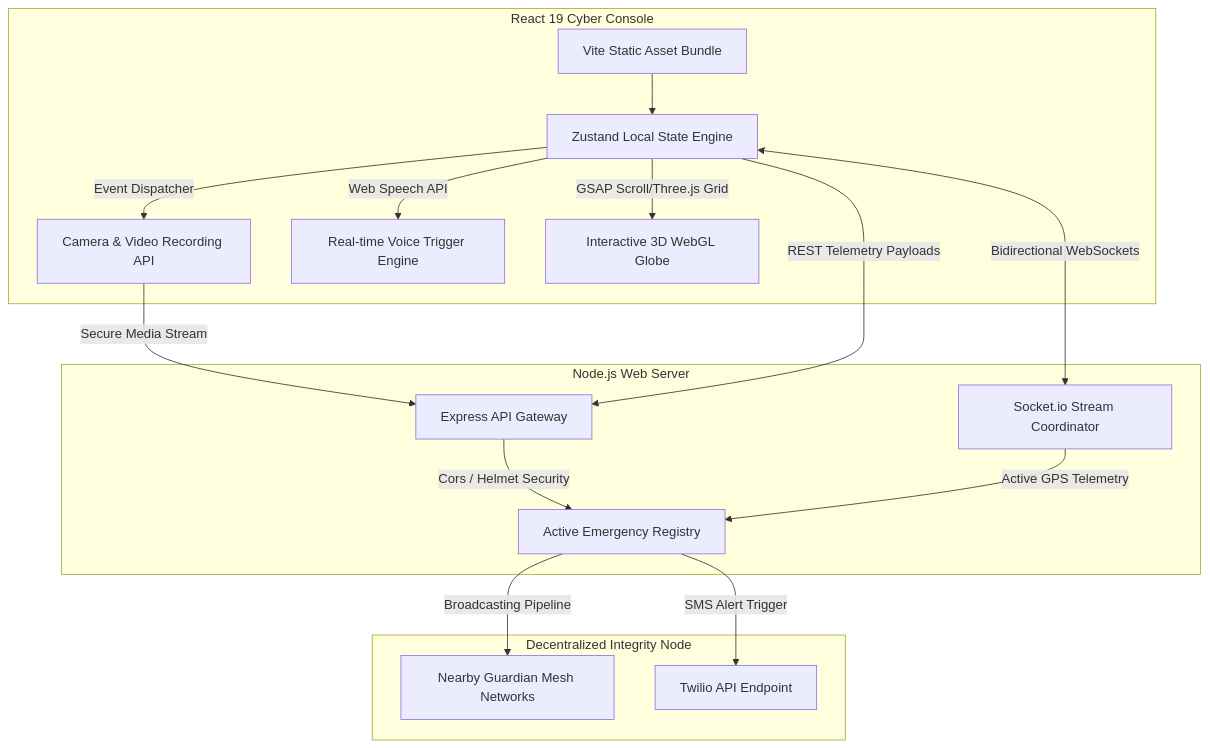
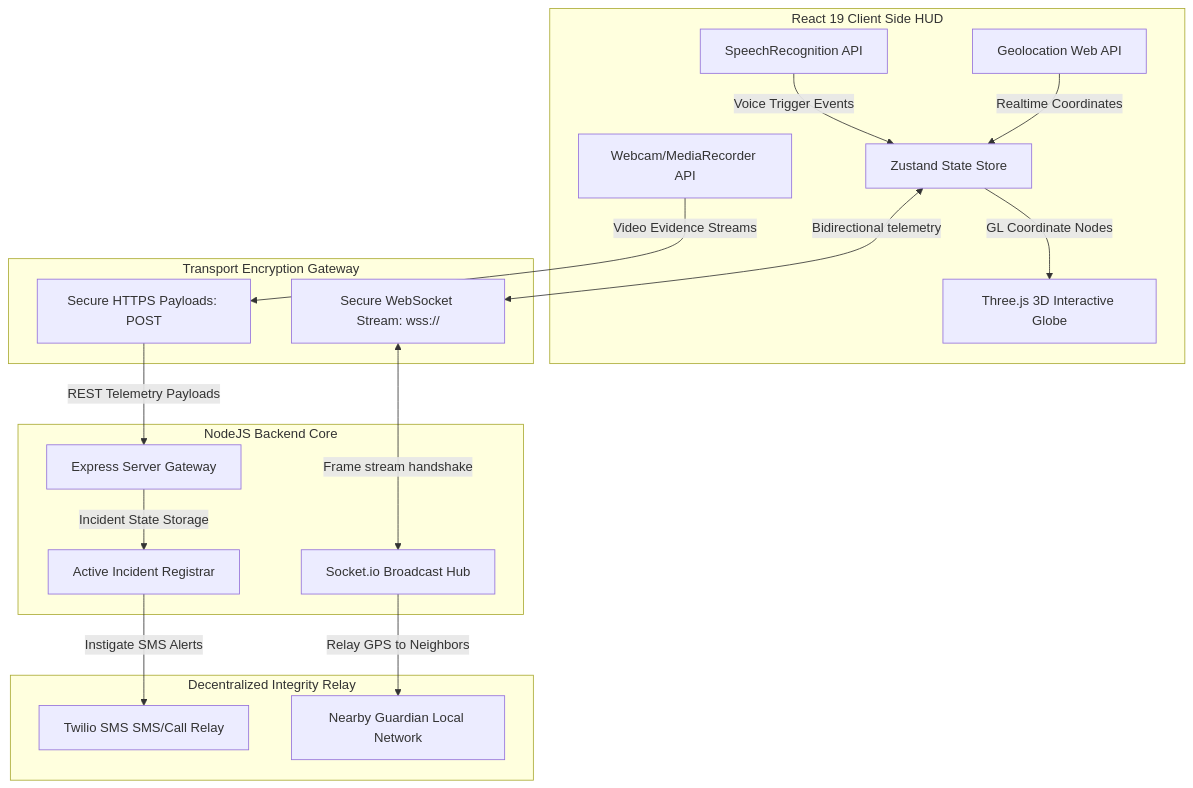
Before and after one commit to devillikevd/raksha: the diagram in README.md, drawn with Mermaid. The commit also changed other lines of this file, not shown here.

Commit message:
docs: expand README to a highly advanced cyber-emergency console HUD

````diff
--- a/README.md
+++ b/README.md
@@ -31,23 +39,42 @@
 ```mermaid
-graph TD
-  subgraph Frontend SPA Client [React 19 Cyber Console]
-    A[Vite Static Asset Bundle] --> B[Zustand Local State Engine]
-    B -->|Event Dispatcher| C[Camera & Video Recording API]
-    B -->|Web Speech API| D[Real-time Voice Trigger Engine]
-    B -->|GSAP Scroll/Three.js Grid| E[Interactive 3D WebGL Globe]
-  end
+flowchart TB
+    %% Client Tier
+    subgraph Client [React 19 Client Side HUD]
+        V_API[SpeechRecognition API]
+        C_API[Webcam/MediaRecorder API]
+        G_API[Geolocation Web API]
+        Z_Store[Zustand State Store]
+        T_Three[Three.js 3D Interactive Globe]
+    end
 
-  subgraph Backend Core Server [Node.js Web Server]
-    F[Express API Gateway] -->|Cors / Helmet Security| G[Active Emergency Registry]
-    H[Socket.io Stream Coordinator] -->|Active GPS Telemetry| G
-  end
+    %% Network Routing Tier
+    subgraph Network [Transport Encryption Gateway]
+        WSS[Secure WebSocket Stream: wss://]
+        HTTPS[Secure HTTPS Payloads: POST]
+    end
 
-  subgraph Cloud Providers [Decentralized Integrity Node]
-    C -->|Secure Media Stream| F
-    G -->|Broadcasting Pipeline| I[Nearby Guardian Mesh Networks]
-    G -->|SMS Alert Trigger| J[Twilio API Endpoint]
-  end
+    %% Backend Tier
+    subgraph Backend [NodeJS Backend Core]
+        EX_GW[Express Server Gateway]
+        SOC_CO[Socket.io Broadcast Hub]
+        INC_REG[Active Incident Registrar]
+    end
 
-  B <-->|Bidirectional WebSockets| H
-  B -->|REST Telemetry Payloads| F
+    %% Integration Tier
+    subgraph Integration [Decentralized Integrity Relay]
+        TW_API[Twilio SMS SMS/Call Relay]
+        M_Mesh[Nearby Guardian Local Network]
+    end
+
+    %% Signal Connections
+    V_API -->|Voice Trigger Events| Z_Store
+    C_API -->|Video Evidence Streams| HTTPS
+    G_API -->|Realtime Coordinates| Z_Store
+    Z_Store <-->|Bidirectional telemetry| WSS
+    Z_Store -->|GL Coordinate Nodes| T_Three
+    WSS <-->|Frame stream handshake| SOC_CO
+    HTTPS -->|REST Telemetry Payloads| EX_GW
+    EX_GW -->|Incident State Storage| INC_REG
+    SOC_CO -->|Relay GPS to Neighbors| M_Mesh
+    INC_REG -->|Instigate SMS Alerts| TW_API
 ```
````
